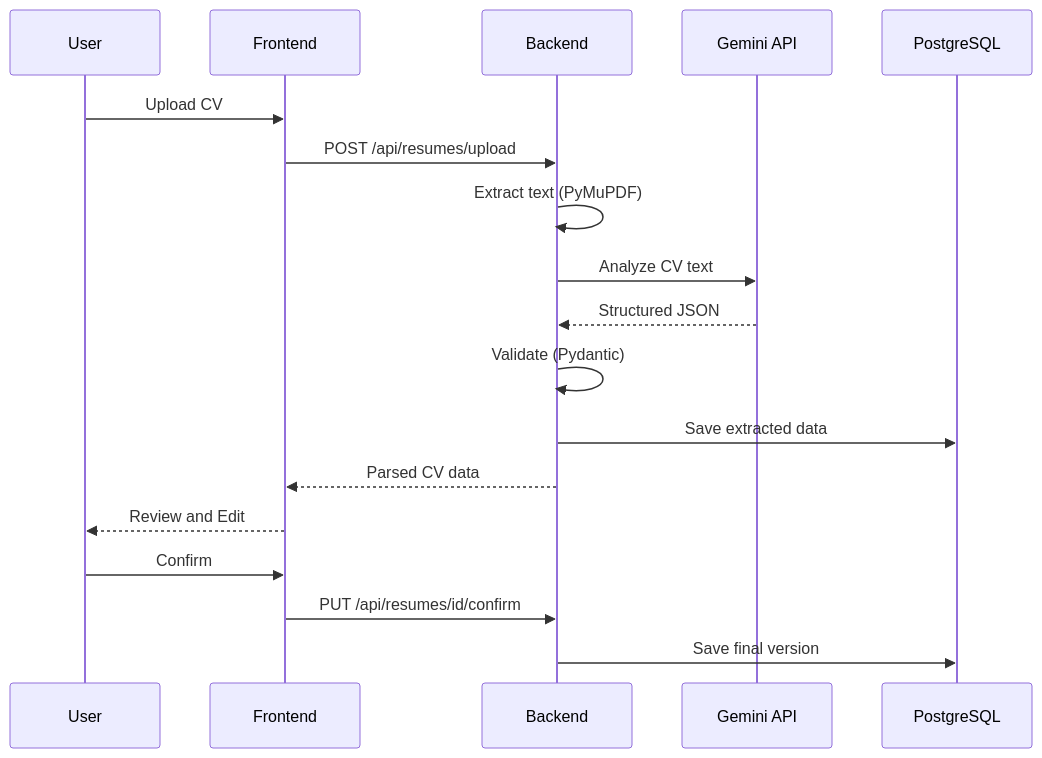
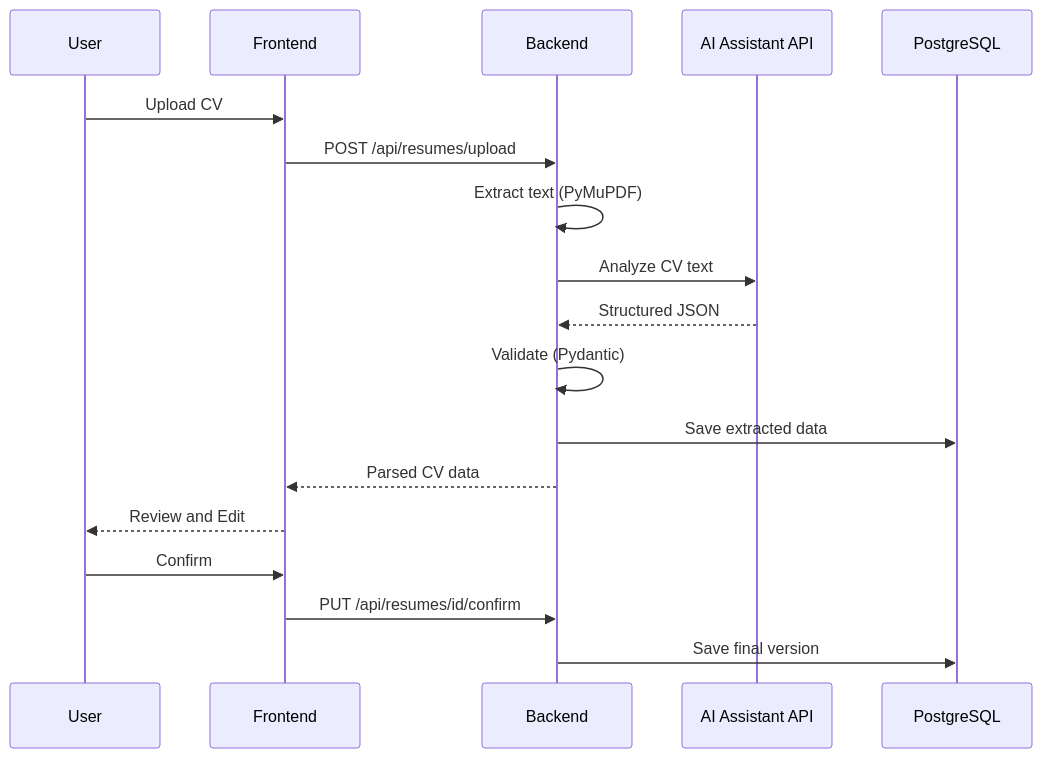
Before and after one commit to dyajaballh8/CareerPilot-AI: the sixth of 10 diagrams in docs/CareerPilot_AI_Plan.md, drawn with Mermaid. The commit also changed other lines of this file and 24 other files, not shown here.

````diff
--- a/docs/CareerPilot_AI_Plan.md
+++ b/docs/CareerPilot_AI_Plan.md
@@ -273,21 +273,21 @@
 ```mermaid
 sequenceDiagram
     participant U as User
     participant F as Frontend
     participant B as Backend
-    participant G as Gemini API
+    participant G as AI Assistant API
     participant DB as PostgreSQL
 
     U->>F: Upload CV
     F->>B: POST /api/resumes/upload
     B->>B: Extract text (PyMuPDF)
     B->>G: Analyze CV text
     G-->>B: Structured JSON
     B->>B: Validate (Pydantic)
     B->>DB: Save extracted data
     B-->>F: Parsed CV data
     F-->>U: Review and Edit
     U->>F: Confirm
     F->>B: PUT /api/resumes/id/confirm
     B->>DB: Save final version
 ```
````
